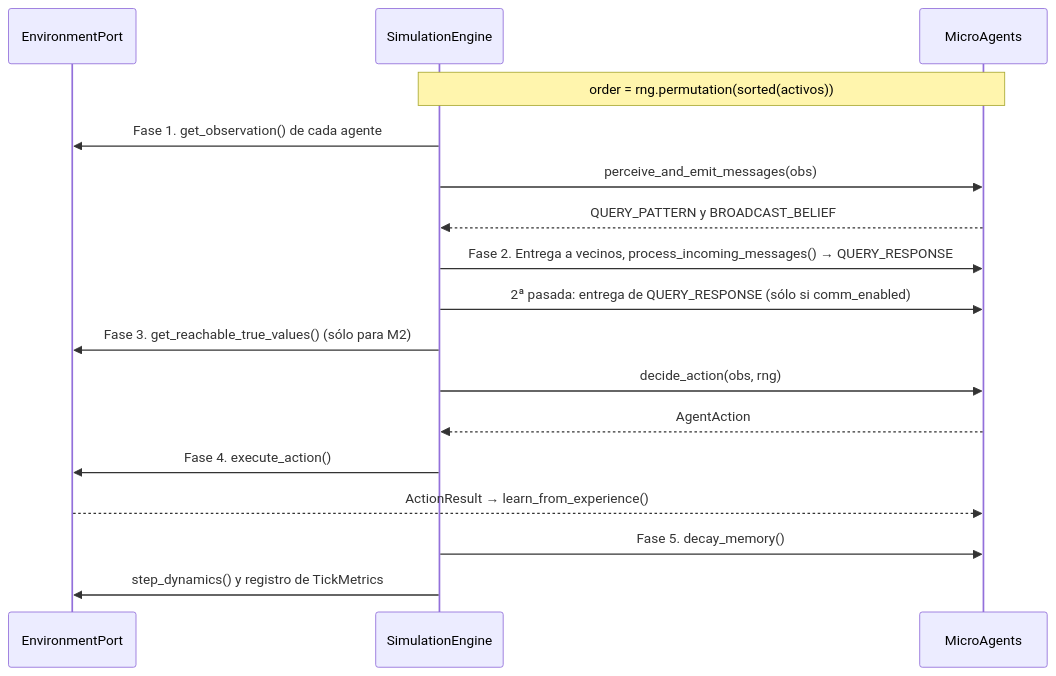
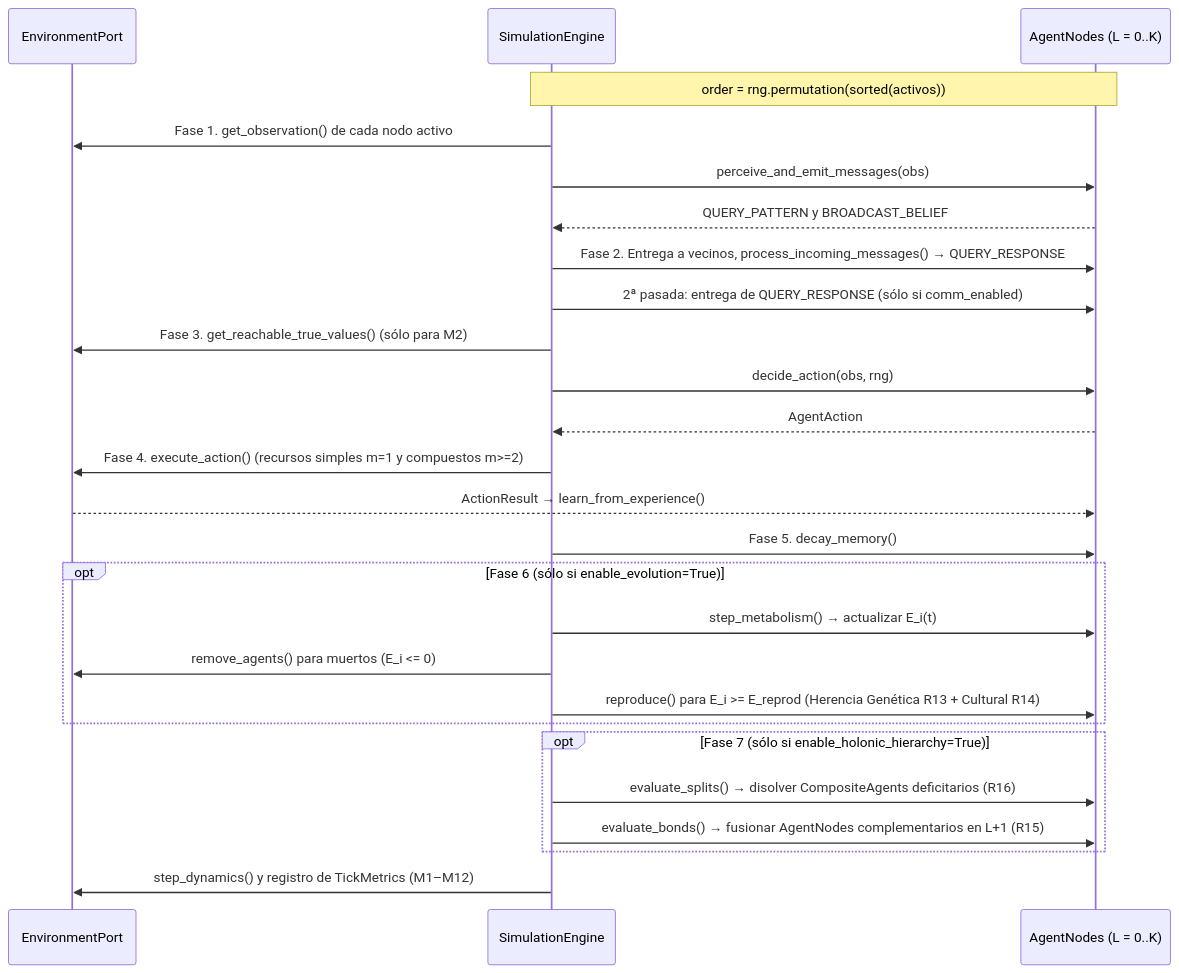
The second of 2 diagrams in DEFINICIONES_TECNICAS.md (Jorge-Guli/IDE), drawn with Mermaid before and after one commit. The commit also changed other lines of this file and 41 other files, not shown here.

````diff
--- a/DEFINICIONES_TECNICAS.md
+++ b/DEFINICIONES_TECNICAS.md
@@ -204,20 +362,29 @@
 ```mermaid
 sequenceDiagram
     participant E as EnvironmentPort
     participant S as SimulationEngine
-    participant A as MicroAgents
+    participant A as AgentNodes (L = 0..K)
 
     Note over S,A: order = rng.permutation(sorted(activos))
-    S->>E: Fase 1. get_observation() de cada agente
+    S->>E: Fase 1. get_observation() de cada nodo activo
     S->>A: perceive_and_emit_messages(obs)
     A-->>S: QUERY_PATTERN y BROADCAST_BELIEF
     S->>A: Fase 2. Entrega a vecinos, process_incoming_messages() → QUERY_RESPONSE
     S->>A: 2ª pasada: entrega de QUERY_RESPONSE (sólo si comm_enabled)
     S->>E: Fase 3. get_reachable_true_values() (sólo para M2)
     S->>A: decide_action(obs, rng)
     A-->>S: AgentAction
-    S->>E: Fase 4. execute_action()
+    S->>E: Fase 4. execute_action() (recursos simples m=1 y compuestos m>=2)
     E-->>A: ActionResult → learn_from_experience()
     S->>A: Fase 5. decay_memory()
-    S->>E: step_dynamics() y registro de TickMetrics
+    opt Fase 6 (sólo si enable_evolution=True)
+        S->>A: step_metabolism() → actualizar E_i(t)
+        S->>E: remove_agents() para muertos (E_i <= 0)
+        S->>A: reproduce() para E_i >= E_reprod (Herencia Genética R13 + Cultural R14)
+    end
+    opt Fase 7 (sólo si enable_holonic_hierarchy=True)
+        S->>A: evaluate_splits() → disolver CompositeAgents deficitarios (R16)
+        S->>A: evaluate_bonds() → fusionar AgentNodes complementarios en L+1 (R15)
+    end
+    S->>E: step_dynamics() y registro de TickMetrics (M1–M12)
 ```
````
